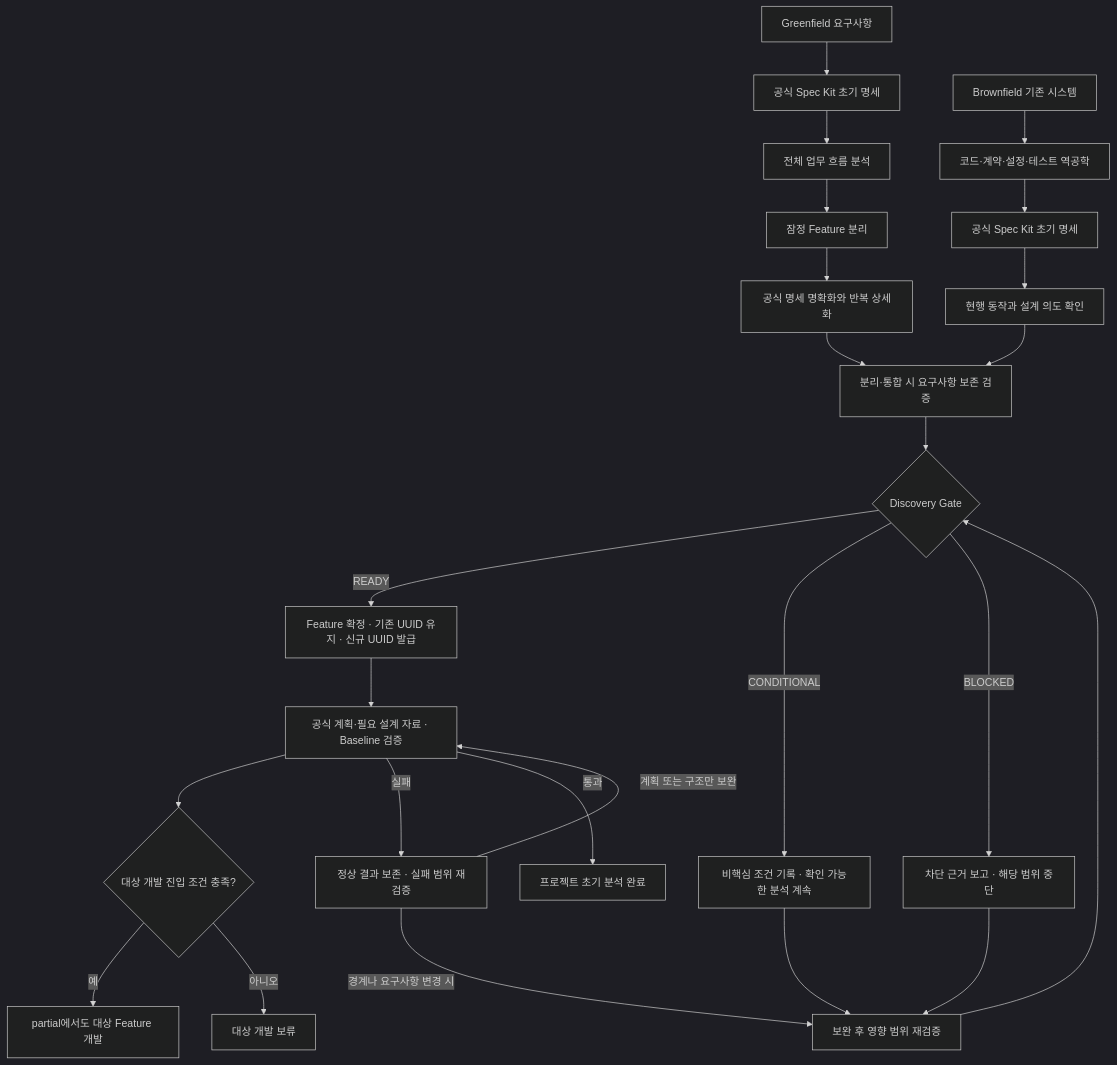
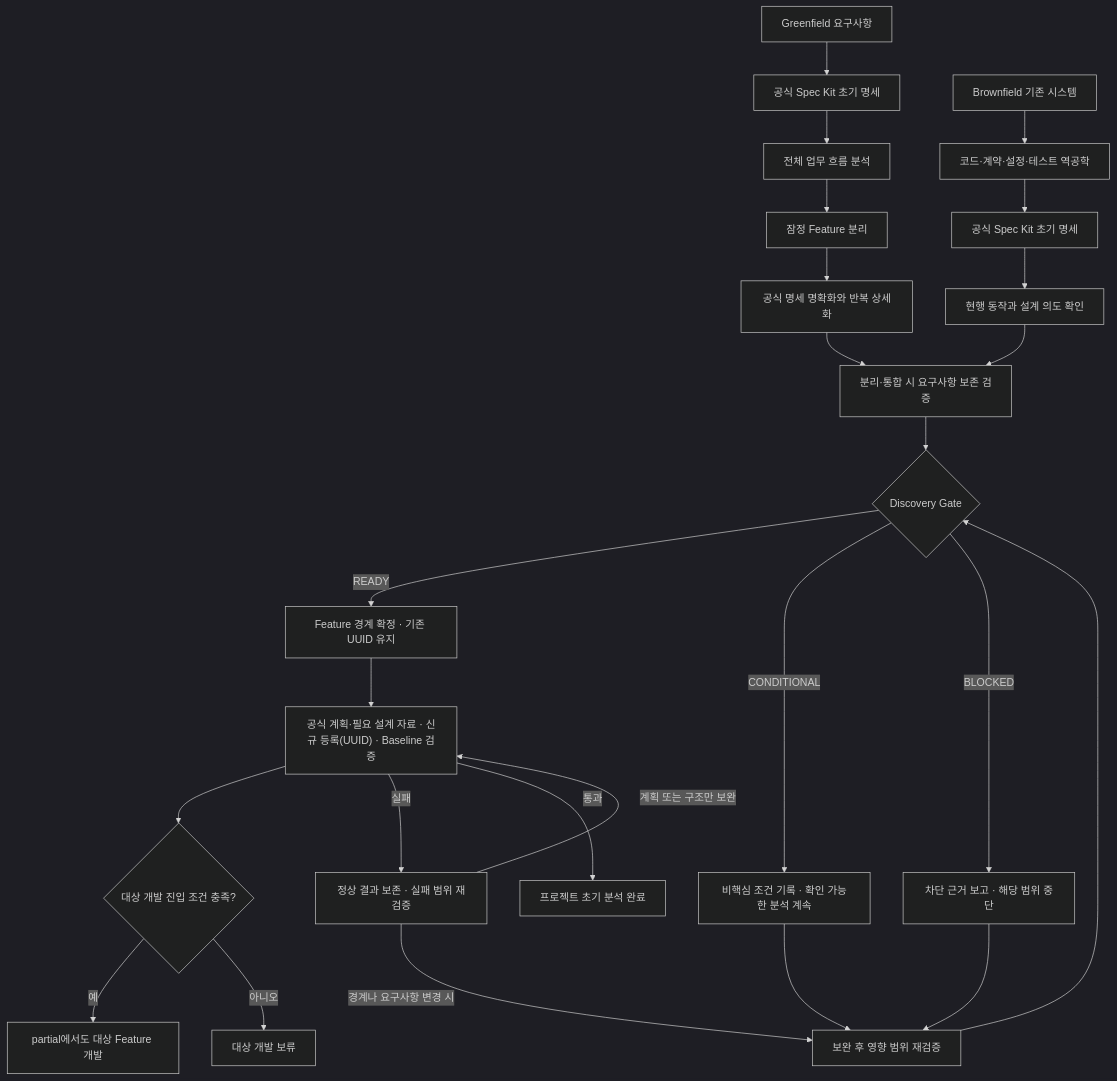
One commit to jungsangU/spec-thread changed the diagram in docs/design/03-analysis-standard.md. Above: the diagram before and after it, drawn with Mermaid (dark theme). The commit also changed other lines of this file and 53 other files, not shown here.

```diff
--- a/docs/design/03-analysis-standard.md
+++ b/docs/design/03-analysis-standard.md
@@ -26,27 +26,27 @@
 ~~~mermaid
 flowchart TD
   G["Greenfield 요구사항"] --> GS["공식 Spec Kit 초기 명세"]
   GS --> W["전체 업무 흐름 분석"]
   W --> F["잠정 Feature 분리"]
   F --> R["공식 명세 명확화와 반복 상세화"]
   B["Brownfield 기존 시스템"] --> E["코드·계약·설정·테스트 역공학"]
   E --> BS["공식 Spec Kit 초기 명세"]
   BS --> BD["현행 동작과 설계 의도 확인"]
   R --> M["분리·통합 시 요구사항 보존 검증"]
   BD --> M
   M --> D{"Discovery Gate"}
-  D -->|READY| C["Feature 확정 · 기존 UUID 유지 · 신규 UUID 발급"]
+  D -->|READY| C["Feature 경계 확정 · 기존 UUID 유지"]
   D -->|CONDITIONAL| Q["비핵심 조건 기록 · 확인 가능한 분석 계속"]
   D -->|BLOCKED| X["차단 근거 보고 · 해당 범위 중단"]
   Q --> V["보완 후 영향 범위 재검증"]
   X --> V
   V --> D
-  C --> P["공식 계획·필요 설계 자료 · Baseline 검증"]
+  C --> P["공식 계획·필요 설계 자료 · 신규 등록(UUID) · Baseline 검증"]
   P --> ENTRY{"대상 개발 진입 조건 충족?"}
   ENTRY -->|예| DEV["partial에서도 대상 Feature 개발"]
   ENTRY -->|아니오| HOLD["대상 개발 보류"]
   P -->|실패| J["정상 결과 보존 · 실패 범위 재검증"]
   J -->|경계나 요구사항 변경 시| V
   J -->|계획 또는 구조만 보완| P
   P -->|통과| I["프로젝트 초기 분석 완료"]
 ~~~
```
